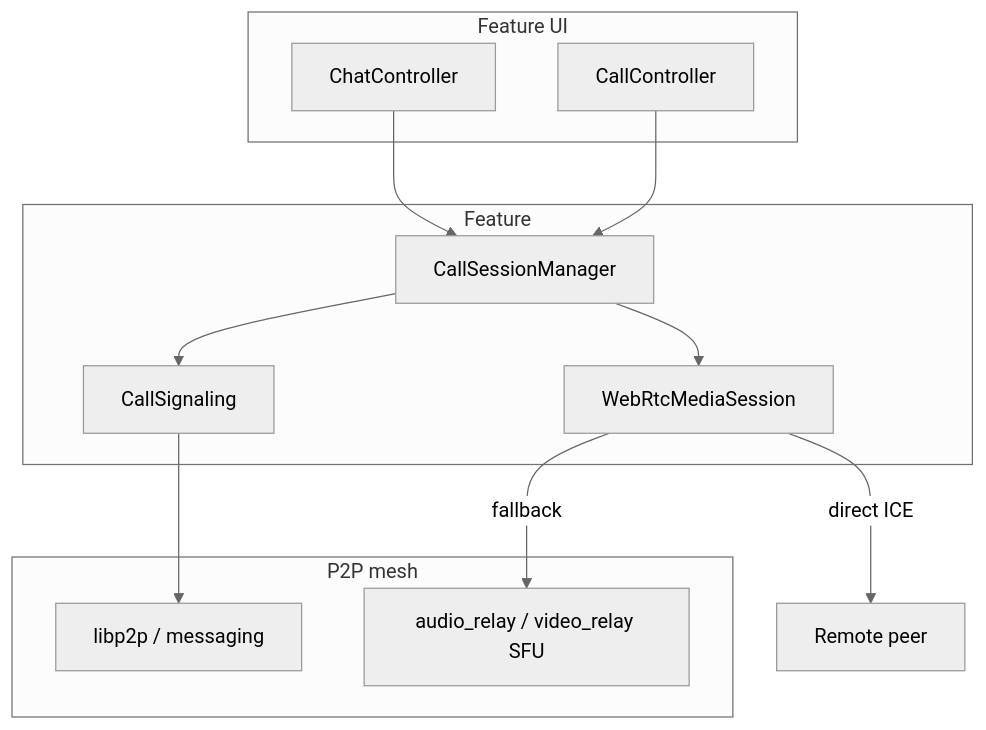
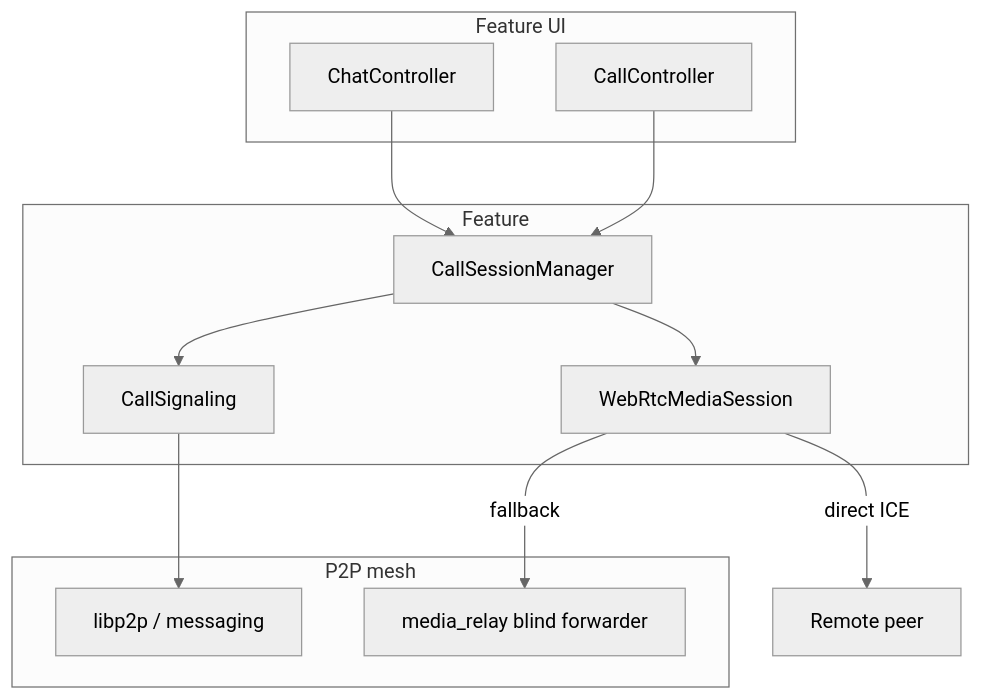
The diagram in projects/p2p-av-calls/DESIGN.md (people-post/pp-browser), drawn with Mermaid (neutral theme) before and after one commit. The commit also changed other lines of this file and 11 other files, not shown here.

````diff
--- a/projects/p2p-av-calls/DESIGN.md
+++ b/projects/p2p-av-calls/DESIGN.md
@@ -46,23 +47,23 @@
 ```mermaid
 flowchart TB
   subgraph ui [Feature UI]
     Chat[ChatController]
     CallUI[CallController]
   end
   subgraph feature [Feature]
     CSM[CallSessionManager]
     Sig[CallSignaling]
     Media[WebRtcMediaSession]
   end
   subgraph mesh [P2P mesh]
     Streams[libp2p / messaging]
-    SFU[audio_relay / video_relay SFU]
+    SFU[media_relay blind forwarder]
   end
   Chat --> CSM
   CallUI --> CSM
   CSM --> Sig
   CSM --> Media
   Sig --> Streams
   Media -->|direct ICE| Peer[Remote peer]
   Media -->|fallback| SFU
 ```
````
